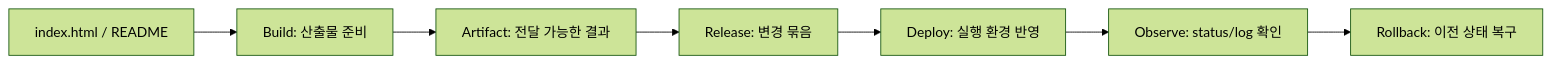
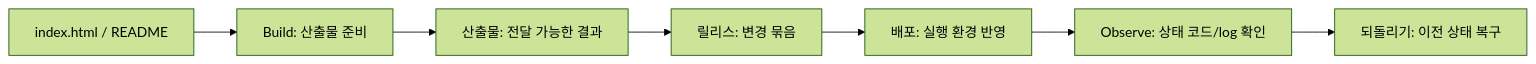
Before and after one commit to HwantaLee/w3d3-github-actions-dockerhub: the diagram in week1/day3/lesson-06.md, drawn with Mermaid (forest theme). The commit also changed other lines of this file and 15 other files, not shown here.

````diff
--- a/week1/day3/lesson-06.md
+++ b/week1/day3/lesson-06.md
@@ -46,9 +59,9 @@
 ```mermaid
 flowchart LR
     Source[index.html / README] --> Build[Build: 산출물 준비]
-    Build --> Artifact[Artifact: 전달 가능한 결과]
-    Artifact --> Release[Release: 변경 묶음]
-    Release --> Deploy[Deploy: 실행 환경 반영]
-    Deploy --> Observe[Observe: status/log 확인]
-    Observe --> Rollback[Rollback: 이전 상태 복구]
+    Build --> Artifact[산출물: 전달 가능한 결과]
+    Artifact --> Release[릴리스: 변경 묶음]
+    Release --> Deploy[배포: 실행 환경 반영]
+    Deploy --> Observe[Observe: 상태 코드/log 확인]
+    Observe --> Rollback[되돌리기: 이전 상태 복구]
 ```
````
